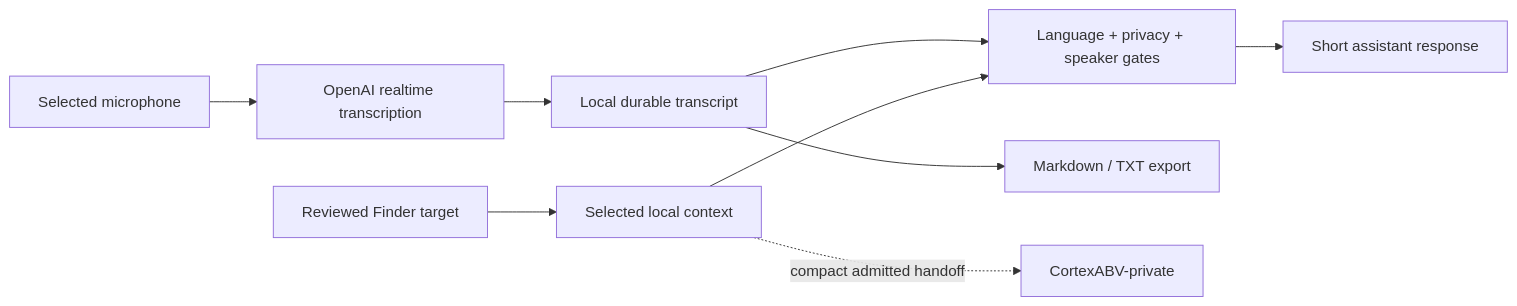
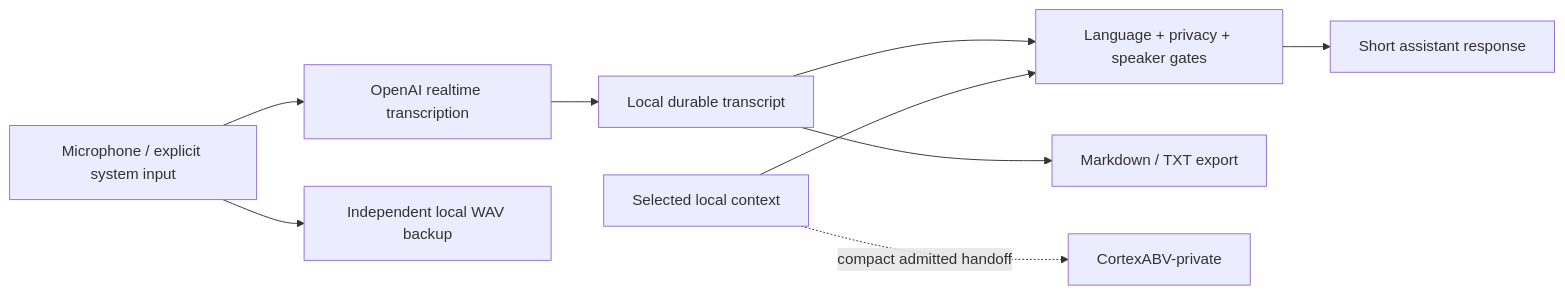
One commit to markoblogo/CoqPi changed the diagram in README.md. Above: the diagram before and after it, drawn with Mermaid. The commit also changed other lines of this file and 42 other files, not shown here.

````diff
--- a/README.md
+++ b/README.md
@@ -113,11 +150,11 @@
 ```mermaid
 flowchart LR
-  Mic["Selected microphone"] --> RT["OpenAI realtime transcription"]
+  Mic["Microphone / explicit system input"] --> RT["OpenAI realtime transcription"]
+  Mic --> Backup["Independent local WAV backup"]
   RT --> Log["Local durable transcript"]
   Log --> Gate["Language + privacy + speaker gates"]
   Gate --> Assistant["Short assistant response"]
   Context["Selected local context"] --> Gate
-  Finder["Reviewed Finder target"] --> Context
   Log --> Export["Markdown / TXT export"]
   Context -. "compact admitted handoff" .-> Cortex["CortexABV-private"]
 ```
````
